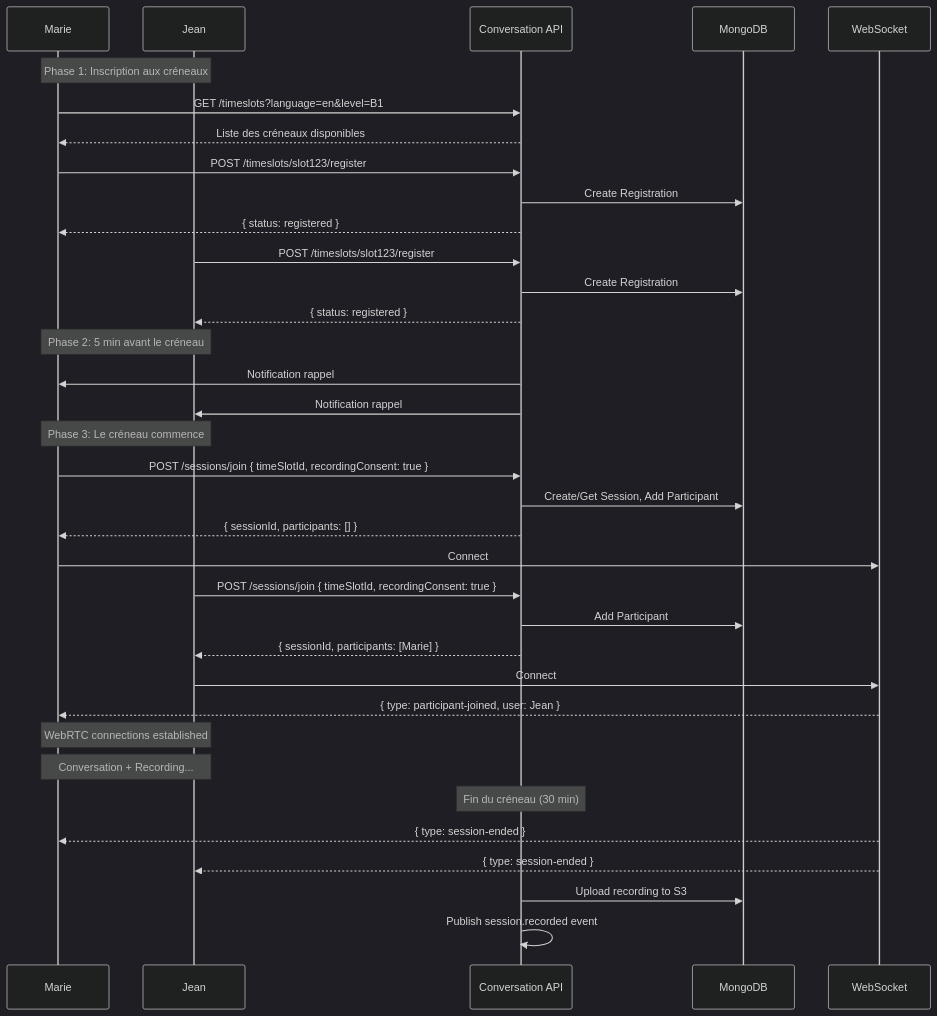
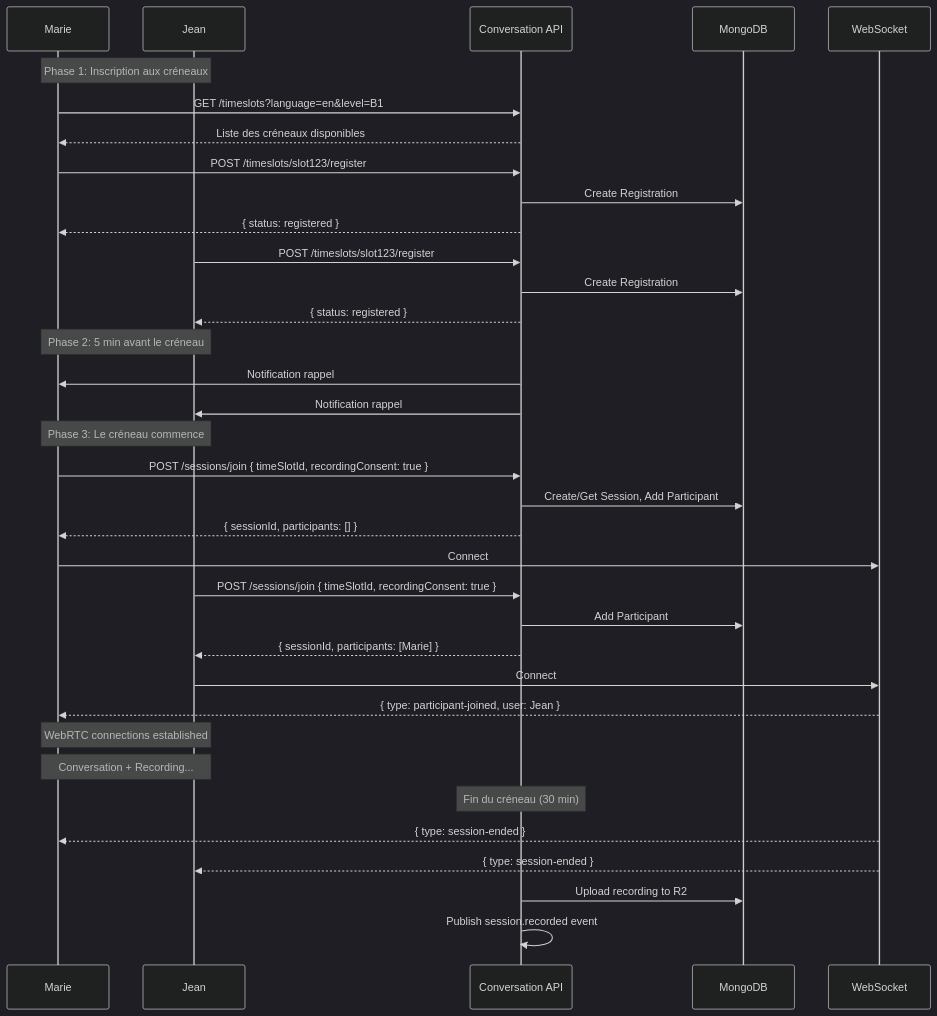
Before and after one commit to we-speak-org/wespeak-specifications: the second of 6 diagrams in 03-conversation-service/DIAGRAMS.md, drawn with Mermaid (dark theme). The commit also changed other lines of this file and 7 other files, not shown here.

````diff
--- a/03-conversation-service/DIAGRAMS.md
+++ b/03-conversation-service/DIAGRAMS.md
@@ -63,50 +63,50 @@
 ```mermaid
 sequenceDiagram
     participant U1 as Marie
     participant U2 as Jean
     participant API as Conversation API
     participant DB as MongoDB
     participant WS as WebSocket
 
     Note over U1,U2: Phase 1: Inscription aux créneaux
 
     U1->>API: GET /timeslots?language=en&level=B1
     API-->>U1: Liste des créneaux disponibles
     
     U1->>API: POST /timeslots/slot123/register
     API->>DB: Create Registration
     API-->>U1: { status: registered }
     
     U2->>API: POST /timeslots/slot123/register
     API->>DB: Create Registration
     API-->>U2: { status: registered }
 
     Note over U1,U2: Phase 2: 5 min avant le créneau
     
     API->>U1: Notification rappel
     API->>U2: Notification rappel
 
     Note over U1,U2: Phase 3: Le créneau commence
 
     U1->>API: POST /sessions/join { timeSlotId, recordingConsent: true }
     API->>DB: Create/Get Session, Add Participant
     API-->>U1: { sessionId, participants: [] }
     U1->>WS: Connect
     
     U2->>API: POST /sessions/join { timeSlotId, recordingConsent: true }
     API->>DB: Add Participant
     API-->>U2: { sessionId, participants: [Marie] }
     U2->>WS: Connect
     
     WS-->>U1: { type: participant-joined, user: Jean }
     
     Note over U1,U2: WebRTC connections established
     Note over U1,U2: Conversation + Recording...
     
     Note over API: Fin du créneau (30 min)
     
     WS-->>U1: { type: session-ended }
     WS-->>U2: { type: session-ended }
-    API->>DB: Upload recording to S3
+    API->>DB: Upload recording to R2
     API->>API: Publish session.recorded event
 ```
````
